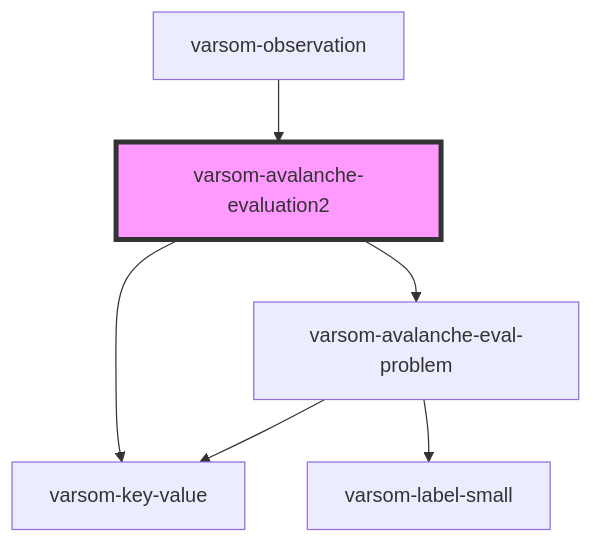
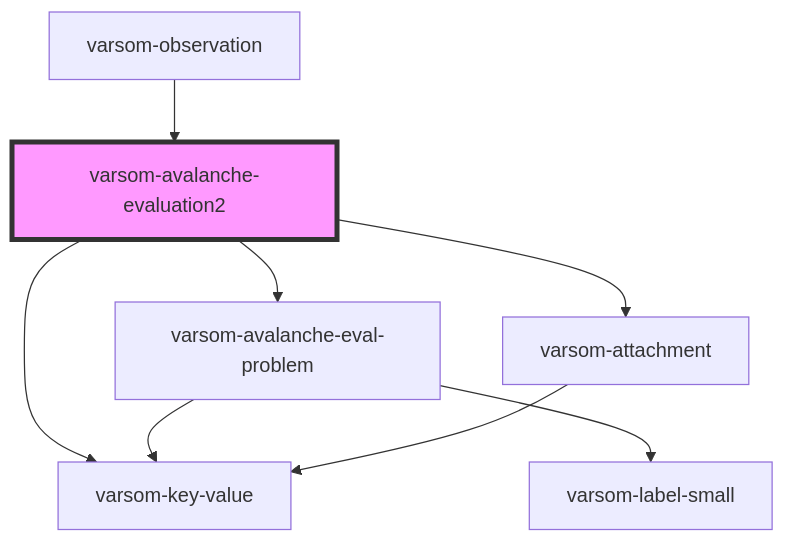
One commit to NVE/varsom-observation changed the diagram in observasjonskort/src/components/varsom-avalanche-evaluation2/readme.md. Above: the diagram before and after it, drawn with Mermaid. The commit also changed other lines of this file and 17 other files, not shown here.

````diff
--- a/observasjonskort/src/components/varsom-avalanche-evaluation2/readme.md
+++ b/observasjonskort/src/components/varsom-avalanche-evaluation2/readme.md
@@ -41,9 +42,11 @@
 ```mermaid
 graph TD;
   varsom-avalanche-evaluation2 --> varsom-key-value
   varsom-avalanche-evaluation2 --> varsom-avalanche-eval-problem
+  varsom-avalanche-evaluation2 --> varsom-attachment
   varsom-avalanche-eval-problem --> varsom-label-small
   varsom-avalanche-eval-problem --> varsom-key-value
+  varsom-attachment --> varsom-key-value
   varsom-observation --> varsom-avalanche-evaluation2
   style varsom-avalanche-evaluation2 fill:#f9f,stroke:#333,stroke-width:4px
 ```
````
